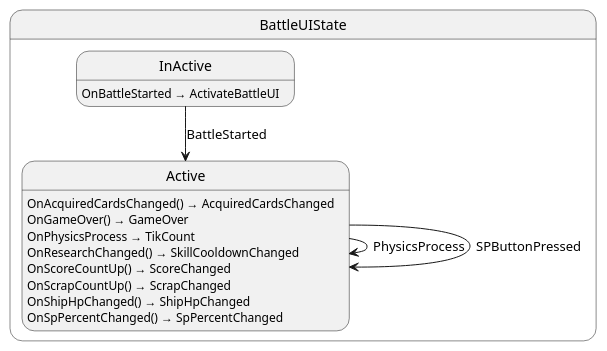
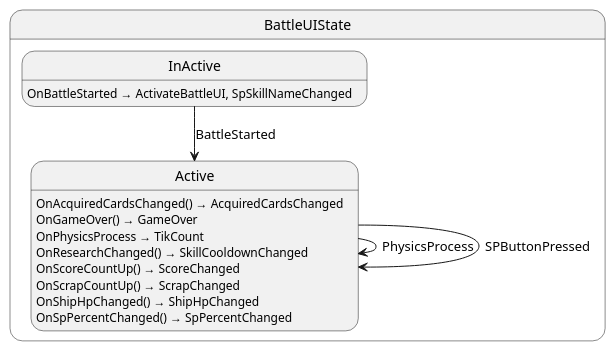
One commit to Ygoat/EternalJourney changed the diagram in src/battle_ui/state/BattleUILogic.g.puml. Above: the diagram before and after it, drawn with PlantUML. The commit also changed 30 other files, not shown here.

```diff
--- a/src/battle_ui/state/BattleUILogic.g.puml
+++ b/src/battle_ui/state/BattleUILogic.g.puml
@@ -1,20 +1,20 @@
 @startuml BattleUIState
 state "BattleUIState" as EternalJourney_BattleUI_State_BattleUIState {
   state "Active" as EternalJourney_BattleUI_State_BattleUIState_Active
   state "InActive" as EternalJourney_BattleUI_State_BattleUIState_InActive
 }
 
 EternalJourney_BattleUI_State_BattleUIState_Active --> EternalJourney_BattleUI_State_BattleUIState_Active : PhysicsProcess
 EternalJourney_BattleUI_State_BattleUIState_Active --> EternalJourney_BattleUI_State_BattleUIState_Active : SPButtonPressed
 EternalJourney_BattleUI_State_BattleUIState_InActive --> EternalJourney_BattleUI_State_BattleUIState_Active : BattleStarted
 
 EternalJourney_BattleUI_State_BattleUIState_Active : OnAcquiredCardsChanged() → AcquiredCardsChanged
 EternalJourney_BattleUI_State_BattleUIState_Active : OnGameOver() → GameOver
 EternalJourney_BattleUI_State_BattleUIState_Active : OnPhysicsProcess → TikCount
 EternalJourney_BattleUI_State_BattleUIState_Active : OnResearchChanged() → SkillCooldownChanged
 EternalJourney_BattleUI_State_BattleUIState_Active : OnScoreCountUp() → ScoreChanged
 EternalJourney_BattleUI_State_BattleUIState_Active : OnScrapCountUp() → ScrapChanged
 EternalJourney_BattleUI_State_BattleUIState_Active : OnShipHpChanged() → ShipHpChanged
 EternalJourney_BattleUI_State_BattleUIState_Active : OnSpPercentChanged() → SpPercentChanged
-EternalJourney_BattleUI_State_BattleUIState_InActive : OnBattleStarted → ActivateBattleUI
+EternalJourney_BattleUI_State_BattleUIState_InActive : OnBattleStarted → ActivateBattleUI, SpSkillNameChanged
 @enduml
```
